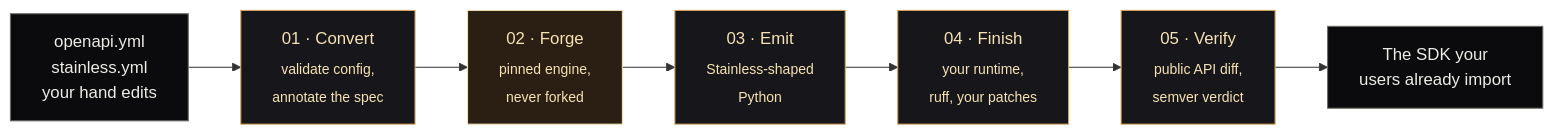
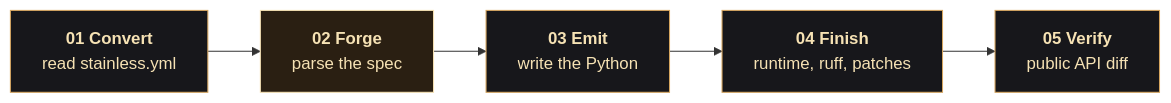
One commit to shrijayan/ferrule changed the diagram in README.md. Above: the diagram before and after it, drawn with Mermaid. The commit also changed other lines of this file, not shown here.

Commit message:
docs: make the README pipeline diagram readable on GitHub

````diff
--- a/README.md
+++ b/README.md
@@ -75,16 +75,12 @@
 ```mermaid
 flowchart LR
-  IN["openapi.yml<br/>stainless.yml<br/>your hand edits"] --> C["01 · Convert<br/><sub>validate config,<br/>annotate the spec</sub>"]
-  C --> F["02 · Forge<br/><sub>pinned engine,<br/>never forked</sub>"]
-  F --> E["03 · Emit<br/><sub>Stainless-shaped<br/>Python</sub>"]
-  E --> FI["04 · Finish<br/><sub>your runtime,<br/>ruff, your patches</sub>"]
-  FI --> V["05 · Verify<br/><sub>public API diff,<br/>semver verdict</sub>"]
-  V --> OUT["The SDK your<br/>users already import"]
+  C["<b>01 Convert</b><br/>read stainless.yml"] --> F["<b>02 Forge</b><br/>parse the spec"]
+  F --> E["<b>03 Emit</b><br/>write the Python"]
+  E --> FI["<b>04 Finish</b><br/>runtime, ruff, patches"]
+  FI --> V["<b>05 Verify</b><br/>public API diff"]
 
-  classDef io fill:#0b0b0d,stroke:#6d6a64,color:#eeece7
   classDef step fill:#17171b,stroke:#d6a660,color:#f6e2b4
   classDef forge fill:#2a1f12,stroke:#f6e2b4,color:#f6e2b4
-  class IN,OUT io
   class C,E,FI,V step
   class F forge
 ```
````
